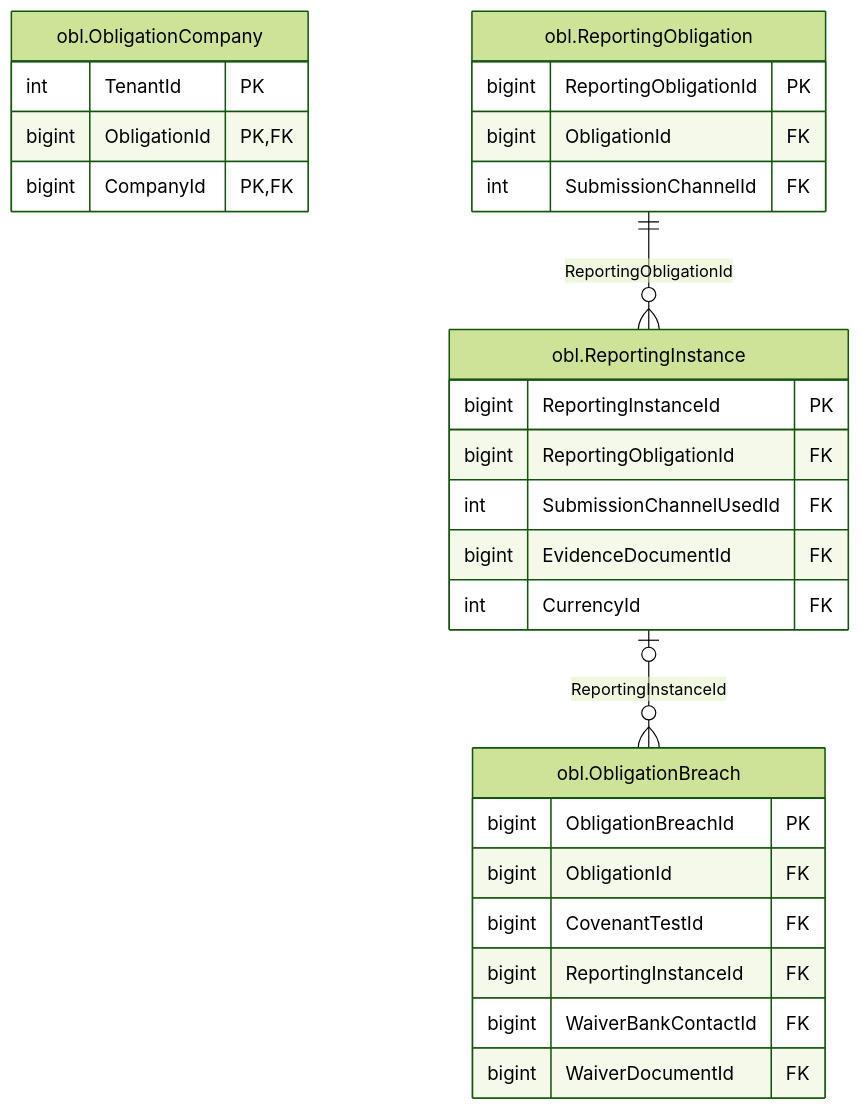
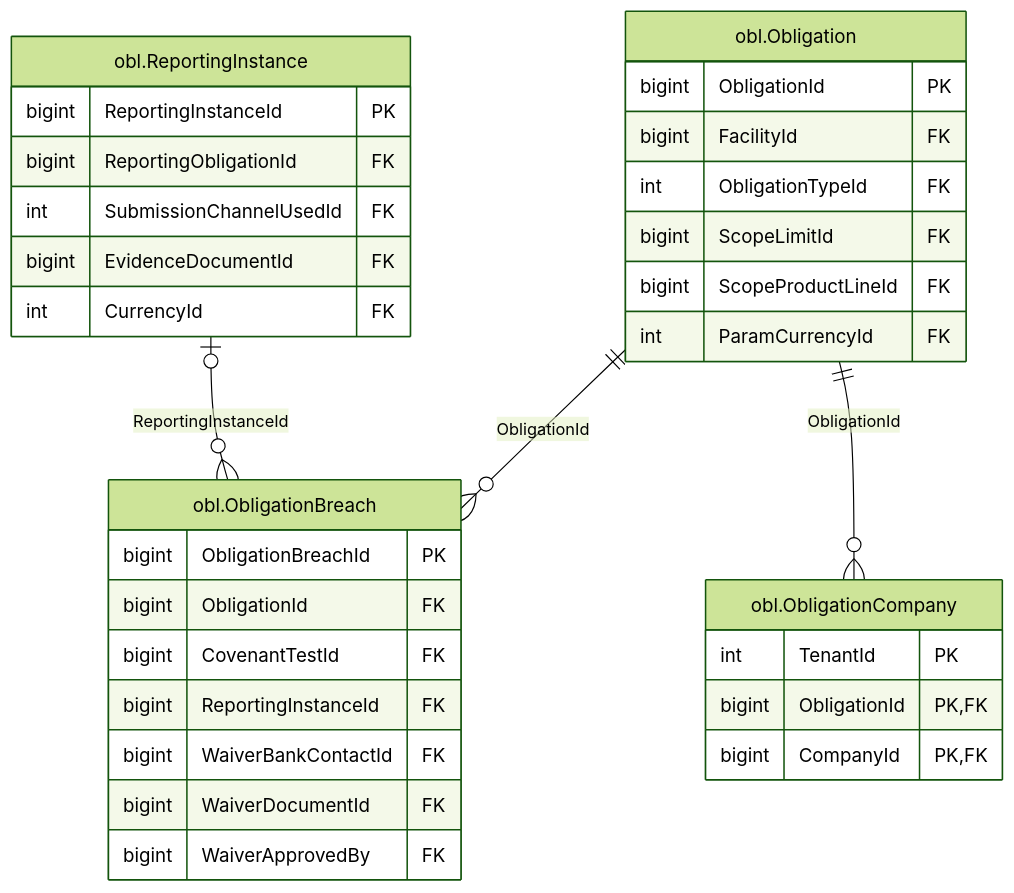
The diagram in treasury-platform/docs/diagrams/erd/m5_obligations_2.mmd (thawrasy/smartlines), drawn with Mermaid (forest theme) before and after one commit. The commit also changed 34 other files, not shown here.

First line of the commit message:
Design documents read their numbers from the DDL; module diagrams redrawn

```diff
--- a/treasury-platform/docs/diagrams/erd/m5_obligations_2.mmd
+++ b/treasury-platform/docs/diagrams/erd/m5_obligations_2.mmd
@@ -1,29 +1,34 @@
-%% م5 · الالتزامات والتعهدات (2/2) — Obligations, covenants & reporting
+%% م5 · الالتزامات والتعهدات (2/3) — Obligations, covenants & reporting
 erDiagram
+  obl_Obligation["obl.Obligation"] {
+    bigint ObligationId PK
+    bigint FacilityId FK
+    int ObligationTypeId FK
+    bigint ScopeLimitId FK
+    bigint ScopeProductLineId FK
+    int ParamCurrencyId FK
+  }
   obl_ObligationBreach["obl.ObligationBreach"] {
     bigint ObligationBreachId PK
     bigint ObligationId FK
     bigint CovenantTestId FK
     bigint ReportingInstanceId FK
     bigint WaiverBankContactId FK
     bigint WaiverDocumentId FK
+    bigint WaiverApprovedBy FK
   }
   obl_ObligationCompany["obl.ObligationCompany"] {
     int TenantId PK
     bigint ObligationId PK, FK
     bigint CompanyId PK, FK
   }
   obl_ReportingInstance["obl.ReportingInstance"] {
     bigint ReportingInstanceId PK
     bigint ReportingObligationId FK
     int SubmissionChannelUsedId FK
     bigint EvidenceDocumentId FK
     int CurrencyId FK
   }
-  obl_ReportingObligation["obl.ReportingObligation"] {
-    bigint ReportingObligationId PK
-    bigint ObligationId FK
-    int SubmissionChannelId FK
-  }
+  obl_Obligation ||--o{ obl_ObligationBreach : "ObligationId"
+  obl_Obligation ||--o{ obl_ObligationCompany : "ObligationId"
   obl_ReportingInstance |o--o{ obl_ObligationBreach : "ReportingInstanceId"
-  obl_ReportingObligation ||--o{ obl_ReportingInstance : "ReportingObligationId"
```
